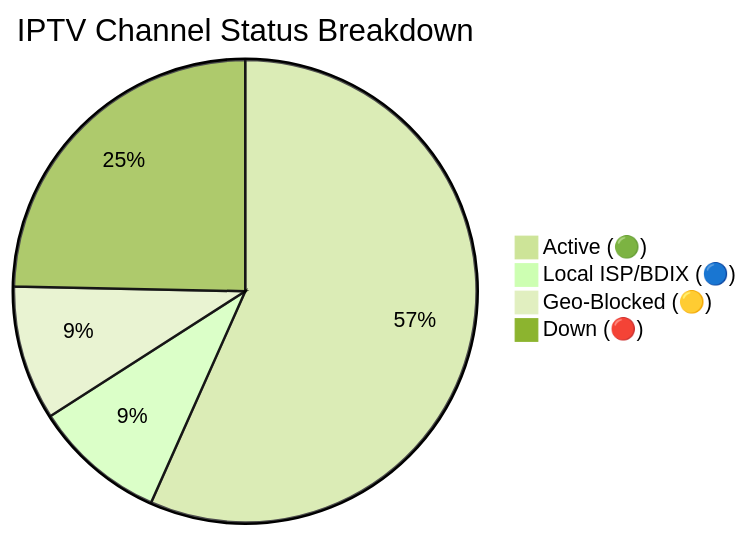
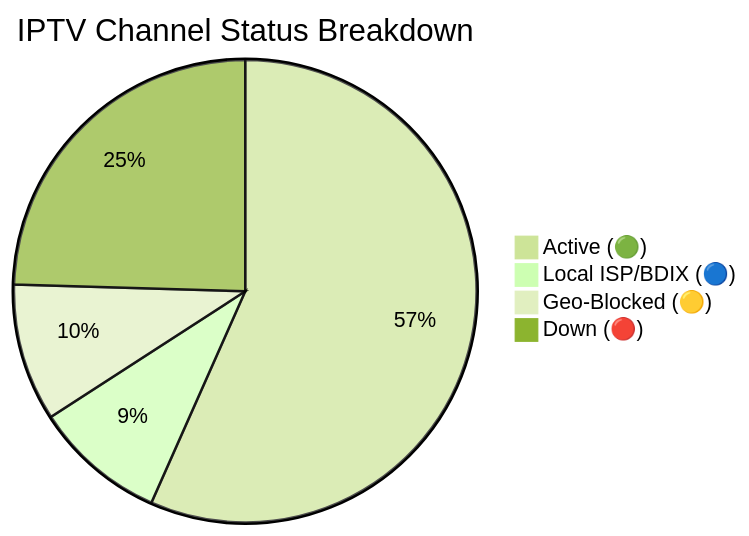
The diagram in README.md (Zaman-Topu/Ip-tv-Collection), drawn with Mermaid (forest theme) before and after one commit. The commit also changed other lines of this file and 6 other files, not shown here.

````diff
--- a/README.md
+++ b/README.md
@@ -149,7 +149,7 @@
 ```mermaid
 pie title IPTV Channel Status Breakdown
-    "Active (🟢)" : 10706
-    "Local ISP/BDIX (🔵)" : 1749
-    "Geo-Blocked (🟡)" : 1775
-    "Down (🔴)" : 4662
+    "Active (🟢)" : 10721
+    "Local ISP/BDIX (🔵)" : 1744
+    "Geo-Blocked (🟡)" : 1817
+    "Down (🔴)" : 4644
 ```
````
